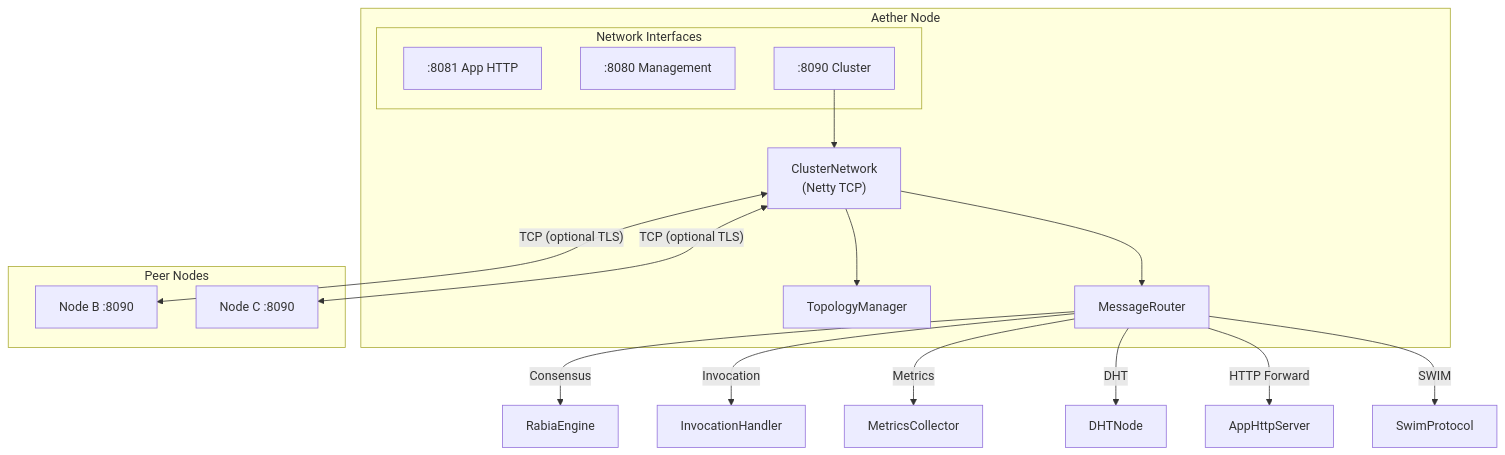
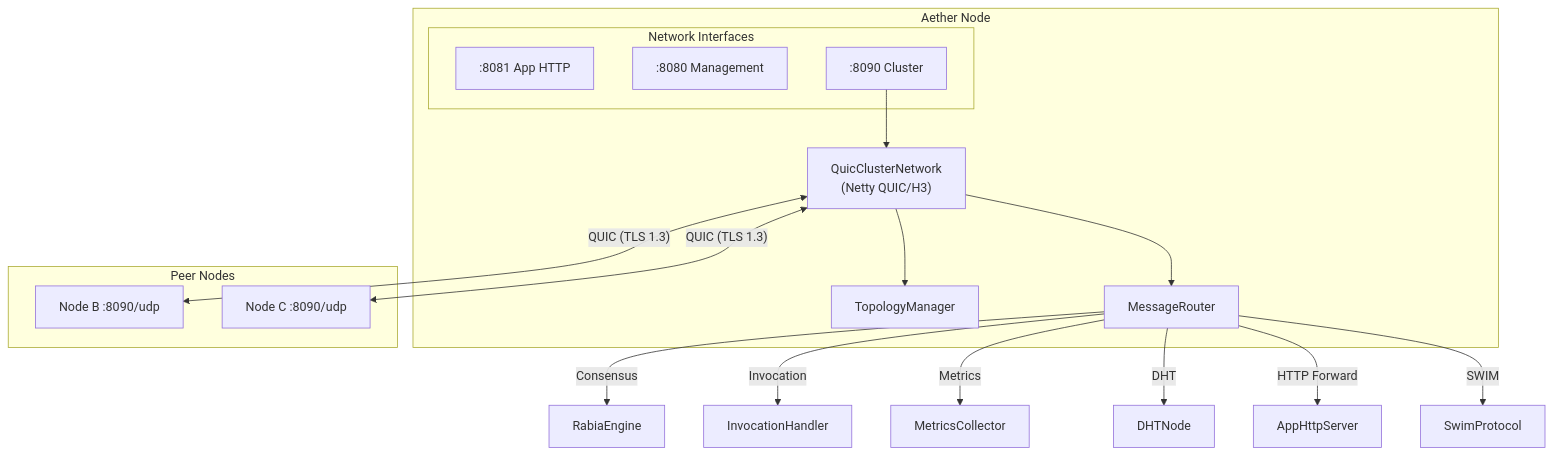
One commit to pragmaticalabs/pragmatica changed the first of 6 diagrams in aether/docs/architecture/04-networking.md. Above: the diagram before and after it, drawn with Mermaid. The commit also changed other lines of this file and 1173 other files, not shown here.

````diff
--- a/aether/docs/architecture/04-networking.md
+++ b/aether/docs/architecture/04-networking.md
@@ -7,33 +7,33 @@
 ```mermaid
 graph TB
     subgraph Node["Aether Node"]
         subgraph Ports["Network Interfaces"]
             APP[":8081 App HTTP"]
             MGMT[":8080 Management"]
             CLUSTER[":8090 Cluster"]
         end
 
-        CN["ClusterNetwork<br/>(Netty TCP)"]
+        CN["QuicClusterNetwork<br/>(Netty QUIC/H3)"]
         TM["TopologyManager"]
         MR["MessageRouter"]
 
         CLUSTER --> CN
         CN --> TM
         CN --> MR
     end
 
     subgraph Peers["Peer Nodes"]
-        P1["Node B :8090"]
-        P2["Node C :8090"]
+        P1["Node B :8090/udp"]
+        P2["Node C :8090/udp"]
     end
 
-    CN <-->|"TCP (optional TLS)"| P1
-    CN <-->|"TCP (optional TLS)"| P2
+    CN <-->|"QUIC (TLS 1.3)"| P1
+    CN <-->|"QUIC (TLS 1.3)"| P2
 
     MR -->|"Consensus"| Rabia["RabiaEngine"]
     MR -->|"Invocation"| IH["InvocationHandler"]
     MR -->|"Metrics"| MC["MetricsCollector"]
     MR -->|"DHT"| DHT["DHTNode"]
     MR -->|"HTTP Forward"| FWD["AppHttpServer"]
     MR -->|"SWIM"| SWIM["SwimProtocol"]
 ```
````
